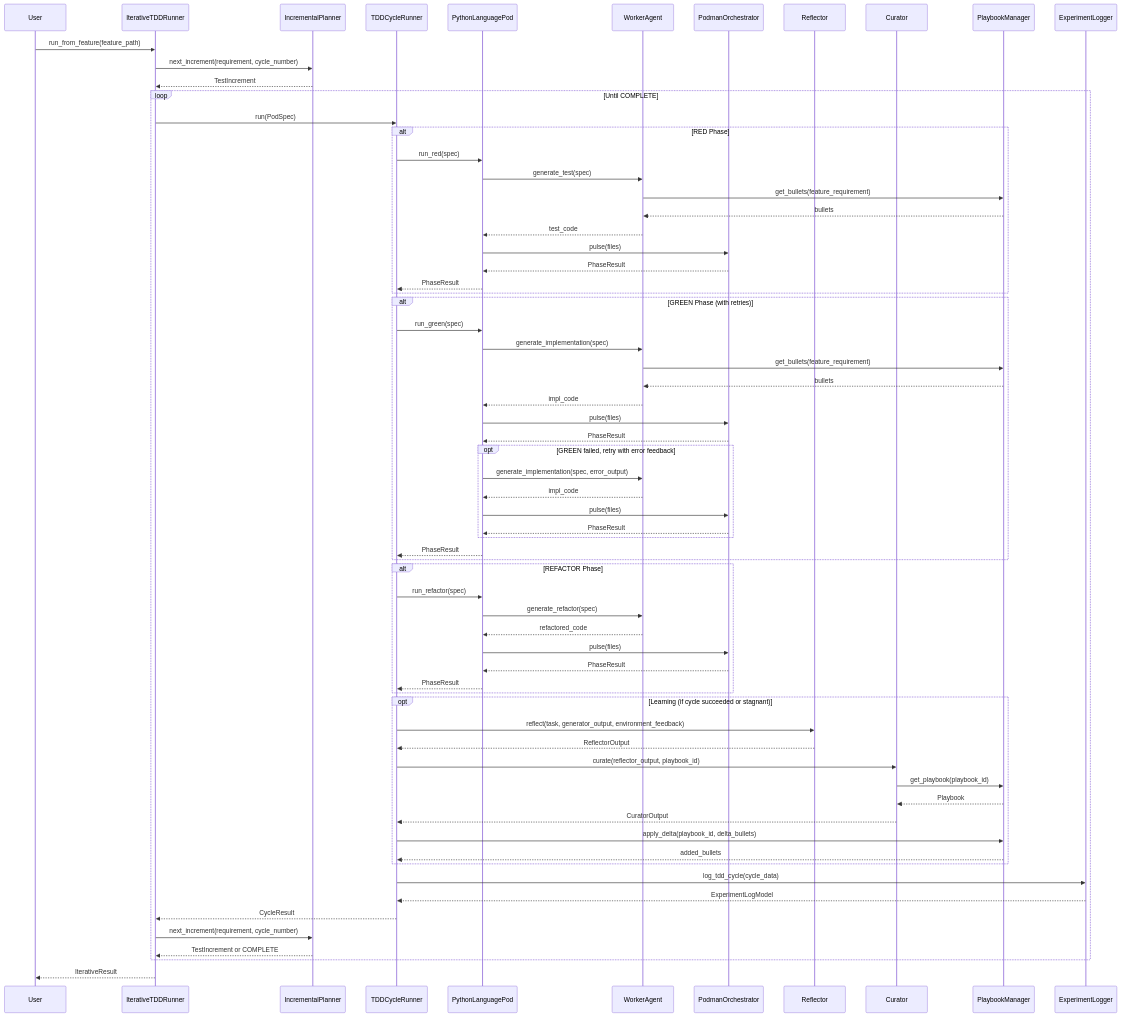
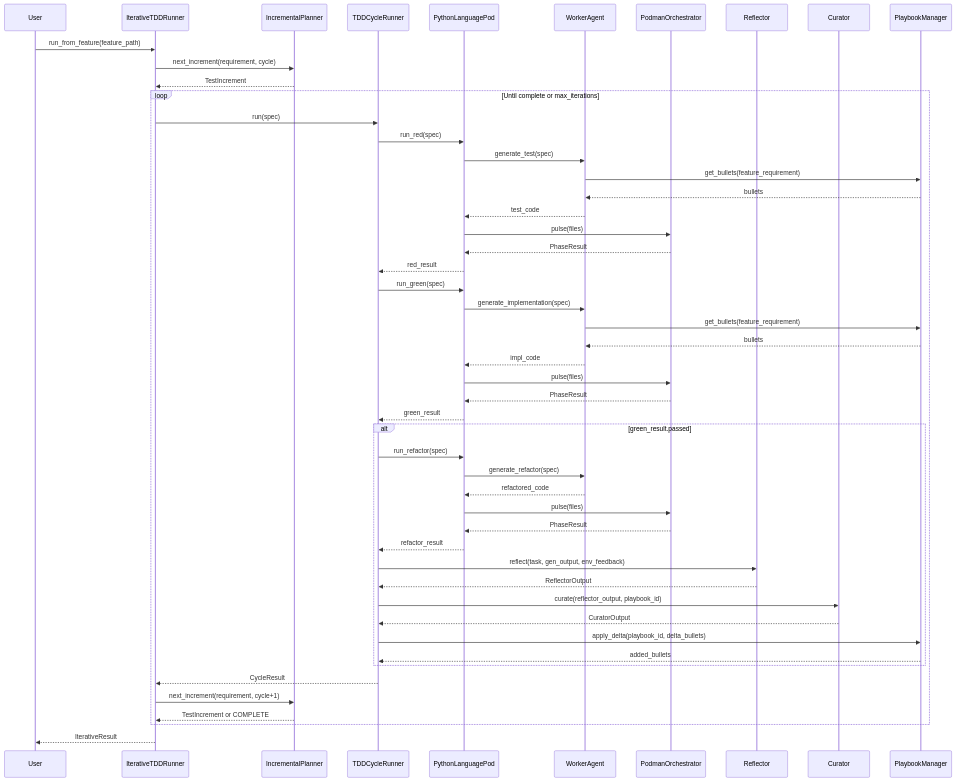
Before and after one commit to carlhuxley/ace_enterprise: the diagram in docs/SYSTEM_ARCHITECTURE.md, drawn with Mermaid. The commit also changed other lines of this file and 2 other files, not shown here.

Commit message:
Remove stray DEBUG_MARKER_XK92 logging accidentally committed in 5acfcc5
Two logger.warning("DEBUG_MARKER_XK92 ...") lines in
IterativeTDDRunner._redundancy_skip were local debug instrumentation that
should never have been committed -- they slipped into 5acfcc5 ("Wire
repair-ceiling escalation...") alongside unrelated real changes to the
same file. Pure removal, no behavior change.

````diff
--- a/docs/SYSTEM_ARCHITECTURE.md
+++ b/docs/SYSTEM_ARCHITECTURE.md
@@ -40,79 +40,61 @@
 ```mermaid
 sequenceDiagram
     participant User
     participant IterativeTDDRunner
     participant IncrementalPlanner
     participant TDDCycleRunner
     participant PythonLanguagePod
     participant WorkerAgent
     participant PodmanOrchestrator
     participant Reflector
     participant Curator
     participant PlaybookManager
-    participant ExperimentLogger
 
     User->>IterativeTDDRunner: run_from_feature(feature_path)
-    IterativeTDDRunner->>IncrementalPlanner: next_increment(requirement, cycle_number)
+    IterativeTDDRunner->>IncrementalPlanner: next_increment(requirement, cycle)
     IncrementalPlanner-->>IterativeTDDRunner: TestIncrement
     
-    loop Until COMPLETE
-        IterativeTDDRunner->>TDDCycleRunner: run(PodSpec)
+    loop Until complete or max_iterations
+        IterativeTDDRunner->>TDDCycleRunner: run(spec)
         
-        alt RED Phase
-            TDDCycleRunner->>PythonLanguagePod: run_red(spec)
-            PythonLanguagePod->>WorkerAgent: generate_test(spec)
-            WorkerAgent->>PlaybookManager: get_bullets(feature_requirement)
-            PlaybookManager-->>WorkerAgent: bullets
-            WorkerAgent-->>PythonLanguagePod: test_code
-            PythonLanguagePod->>PodmanOrchestrator: pulse(files)
-            PodmanOrchestrator-->>PythonLanguagePod: PhaseResult
-            PythonLanguagePod-->>TDDCycleRunner: PhaseResult
-        end
+        TDDCycleRunner->>PythonLanguagePod: run_red(spec)
+        PythonLanguagePod->>WorkerAgent: generate_test(spec)
+        WorkerAgent->>PlaybookManager: get_bullets(feature_requirement)
+        PlaybookManager-->>WorkerAgent: bullets
+        WorkerAgent-->>PythonLanguagePod: test_code
+        PythonLanguagePod->>PodmanOrchestrator: pulse(files)
+        PodmanOrchestrator-->>PythonLanguagePod: PhaseResult
+        PythonLanguagePod-->>TDDCycleRunner: red_result
         
-        alt GREEN Phase (with retries)
-            TDDCycleRunner->>PythonLanguagePod: run_green(spec)
-            PythonLanguagePod->>WorkerAgent: generate_implementation(spec)
-            WorkerAgent->>PlaybookManager: get_bullets(feature_requirement)
-            PlaybookManager-->>WorkerAgent: bullets
-            WorkerAgent-->>PythonLanguagePod: impl_code
-            PythonLanguagePod->>PodmanOrchestrator: pulse(files)
-            PodmanOrchestrator-->>PythonLanguagePod: PhaseResult
-            opt GREEN failed, retry with error feedback
-                PythonLanguagePod->>WorkerAgent: generate_implementation(spec, error_output)
-                WorkerAgent-->>PythonLanguagePod: impl_code
-                PythonLanguagePod->>PodmanOrchestrator: pulse(files)
-                PodmanOrchestrator-->>PythonLanguagePod: PhaseResult
-            end
-            PythonLanguagePod-->>TDDCycleRunner: PhaseResult
-        end
+        TDDCycleRunner->>PythonLanguagePod: run_green(spec)
+        PythonLanguagePod->>WorkerAgent: generate_implementation(spec)
+        WorkerAgent->>PlaybookManager: get_bullets(feature_requirement)
+        PlaybookManager-->>WorkerAgent: bullets
+        WorkerAgent-->>PythonLanguagePod: impl_code
+        PythonLanguagePod->>PodmanOrchestrator: pulse(files)
+        PodmanOrchestrator-->>PythonLanguagePod: PhaseResult
+        PythonLanguagePod-->>TDDCycleRunner: green_result
         
-        alt REFACTOR Phase
+        alt green_result.passed
             TDDCycleRunner->>PythonLanguagePod: run_refactor(spec)
             PythonLanguagePod->>WorkerAgent: generate_refactor(spec)
             WorkerAgent-->>PythonLanguagePod: refactored_code
             PythonLanguagePod->>PodmanOrchestrator: pulse(files)
             PodmanOrchestrator-->>PythonLanguagePod: PhaseResult
-            PythonLanguagePod-->>TDDCycleRunner: PhaseResult
-        end
-        
-        opt Learning (if cycle succeeded or stagnant)
-            TDDCycleRunner->>Reflector: reflect(task, generator_output, environment_feedback)
+            PythonLanguagePod-->>TDDCycleRunner: refactor_result
+            
+            TDDCycleRunner->>Reflector: reflect(task, gen_output, env_feedback)
             Reflector-->>TDDCycleRunner: ReflectorOutput
             TDDCycleRunner->>Curator: curate(reflector_output, playbook_id)
-            Curator->>PlaybookManager: get_playbook(playbook_id)
-            PlaybookManager-->>Curator: Playbook
             Curator-->>TDDCycleRunner: CuratorOutput
             TDDCycleRunner->>PlaybookManager: apply_delta(playbook_id, delta_bullets)
             PlaybookManager-->>TDDCycleRunner: added_bullets
         end
         
-        TDDCycleRunner->>ExperimentLogger: log_tdd_cycle(cycle_data)
-        ExperimentLogger-->>TDDCycleRunner: ExperimentLogModel
         TDDCycleRunner-->>IterativeTDDRunner: CycleResult
-        
-        IterativeTDDRunner->>IncrementalPlanner: next_increment(requirement, cycle_number)
+        IterativeTDDRunner->>IncrementalPlanner: next_increment(requirement, cycle+1)
         IncrementalPlanner-->>IterativeTDDRunner: TestIncrement or COMPLETE
     end
     
     IterativeTDDRunner-->>User: IterativeResult
 ```
````
